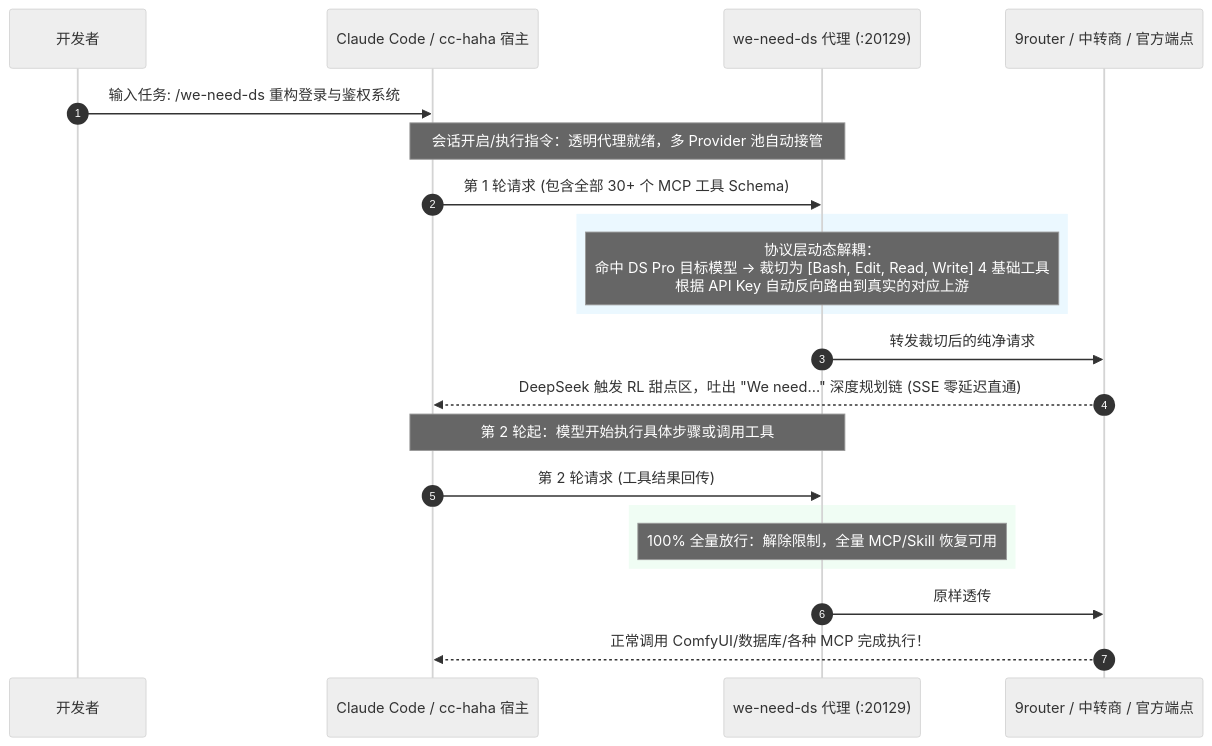
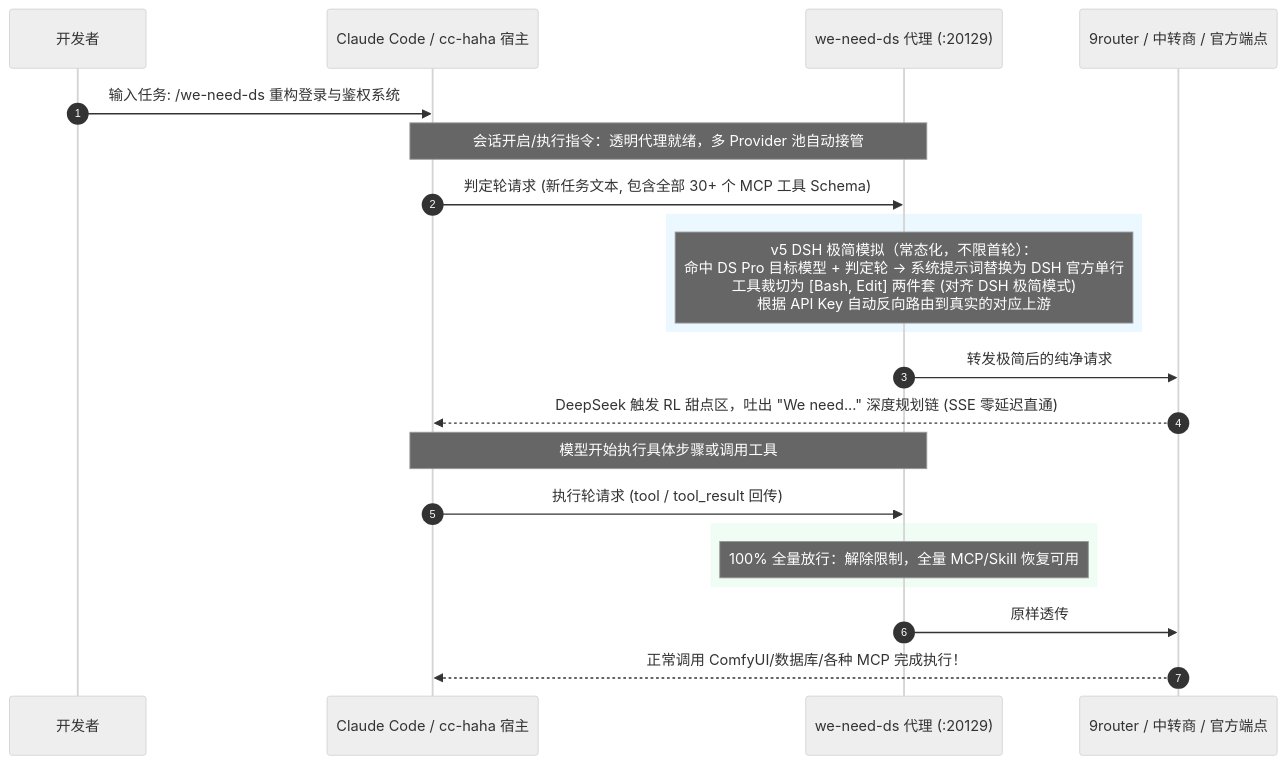
Before and after one commit to YixuAnsensei/we-need-ds: the diagram in README.md, drawn with Mermaid (neutral theme). The commit also changed other lines of this file and 7 other files, not shown here.

Commit message:
feat: v5 turn-aware DSH minimal simulation — every decision turn gets official DSH one-line prompt + Bash/Edit pair, execution turns full tools; arm window state machine retired

````diff
--- a/README.md
+++ b/README.md
@@ -37,29 +37,29 @@
 ```mermaid
 sequenceDiagram
     autonumber
     participant User as 开发者
     participant CC as Claude Code / cc-haha 宿主
     participant Proxy as we-need-ds 代理 (:20129)
     participant Router as 9router / 中转商 / 官方端点
 
     User->>CC: 输入任务: /we-need-ds 重构登录与鉴权系统
     Note over CC,Proxy: 会话开启/执行指令：透明代理就绪，多 Provider 池自动接管
-    CC->>Proxy: 第 1 轮请求 (包含全部 30+ 个 MCP 工具 Schema)
+    CC->>Proxy: 判定轮请求 (新任务文本, 包含全部 30+ 个 MCP 工具 Schema)
     
     rect rgb(235, 248, 255)
-    Note over Proxy: 协议层动态解耦：<br/>命中 DS Pro 目标模型 → 裁切为 [Bash, Edit, Read, Write] 4 基础工具<br/>根据 API Key 自动反向路由到真实的对应上游
+    Note over Proxy: v5 DSH 极简模拟（常态化，不限首轮）：<br/>命中 DS Pro 目标模型 + 判定轮 → 系统提示词替换为 DSH 官方单行<br/>工具裁切为 [Bash, Edit] 两件套 (对齐 DSH 极简模式)<br/>根据 API Key 自动反向路由到真实的对应上游
     end
     
-    Proxy->>Router: 转发裁切后的纯净请求
+    Proxy->>Router: 转发极简后的纯净请求
     Router-->>CC: DeepSeek 触发 RL 甜点区，吐出 "We need..." 深度规划链 (SSE 零延迟直通)
     
-    Note over CC,Proxy: 第 2 轮起：模型开始执行具体步骤或调用工具
-    CC->>Proxy: 第 2 轮请求 (工具结果回传)
+    Note over CC,Proxy: 模型开始执行具体步骤或调用工具
+    CC->>Proxy: 执行轮请求 (tool / tool_result 回传)
     
     rect rgb(240, 253, 244)
     Note over Proxy: 100% 全量放行：解除限制，全量 MCP/Skill 恢复可用
     end
     
     Proxy->>Router: 原样透传
     Router-->>CC: 正常调用 ComfyUI/数据库/各种 MCP 完成执行！
 ```
````
